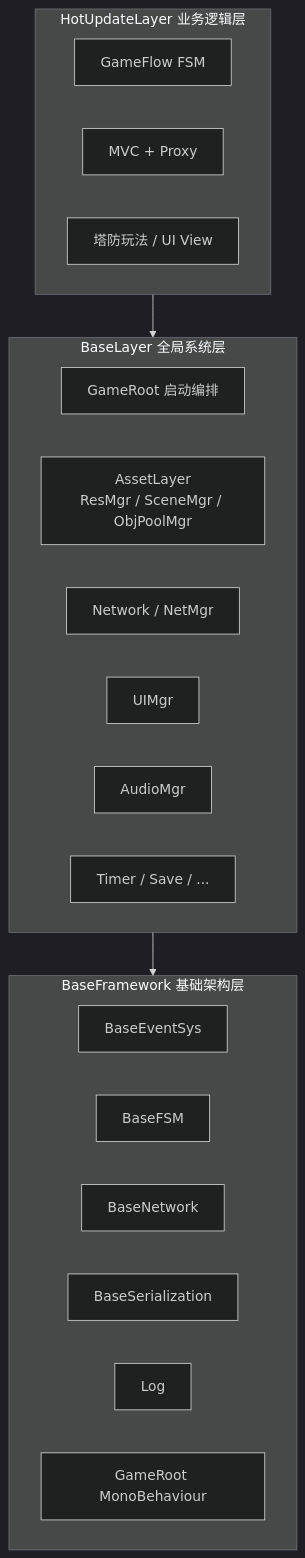
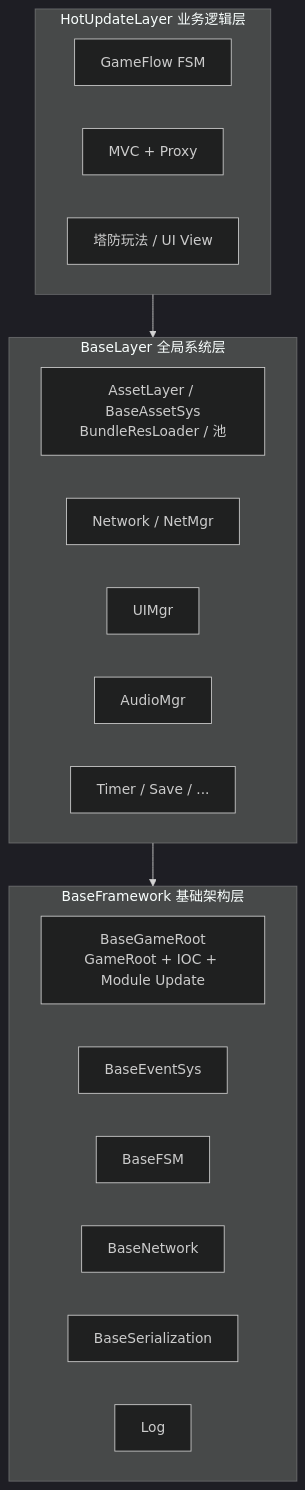
One commit to Newzhi/vframework4UnityGame changed the first of 3 diagrams in vframework/Assets/vFramework/Docs/FrameworkDesign.md. Above: the diagram before and after it, drawn with Mermaid (dark theme). The commit also changed other lines of this file and 40 other files, not shown here.

````diff
--- a/vframework/Assets/vFramework/Docs/FrameworkDesign.md
+++ b/vframework/Assets/vFramework/Docs/FrameworkDesign.md
@@ -19,29 +19,28 @@
 ```mermaid
 flowchart TB
     subgraph L3["HotUpdateLayer 业务逻辑层"]
         Flow["GameFlow FSM"]
         MVC["MVC + Proxy"]
         Gameplay["塔防玩法 / UI View"]
     end
 
     subgraph L2["BaseLayer 全局系统层"]
-        GR["GameRoot 启动编排"]
-        Asset["AssetLayer<br/>ResMgr / SceneMgr / ObjPoolMgr"]
+        Asset["AssetLayer / BaseAssetSys<br/>BundleResLoader / 池"]
         Net["Network / NetMgr"]
         UI["UIMgr"]
         Audio["AudioMgr"]
         Other["Timer / Save / ..."]
     end
 
     subgraph L1["BaseFramework 基础架构层"]
+        Root["BaseGameRoot<br/>GameRoot + IOC + Module Update"]
         Event["BaseEventSys"]
         FSM["BaseFSM"]
         NetCore["BaseNetwork"]
         Ser["BaseSerialization"]
         Log["Log"]
-        Root["GameRoot MonoBehaviour"]
     end
 
     L3 --> L2
     L2 --> L1
 ```
````
